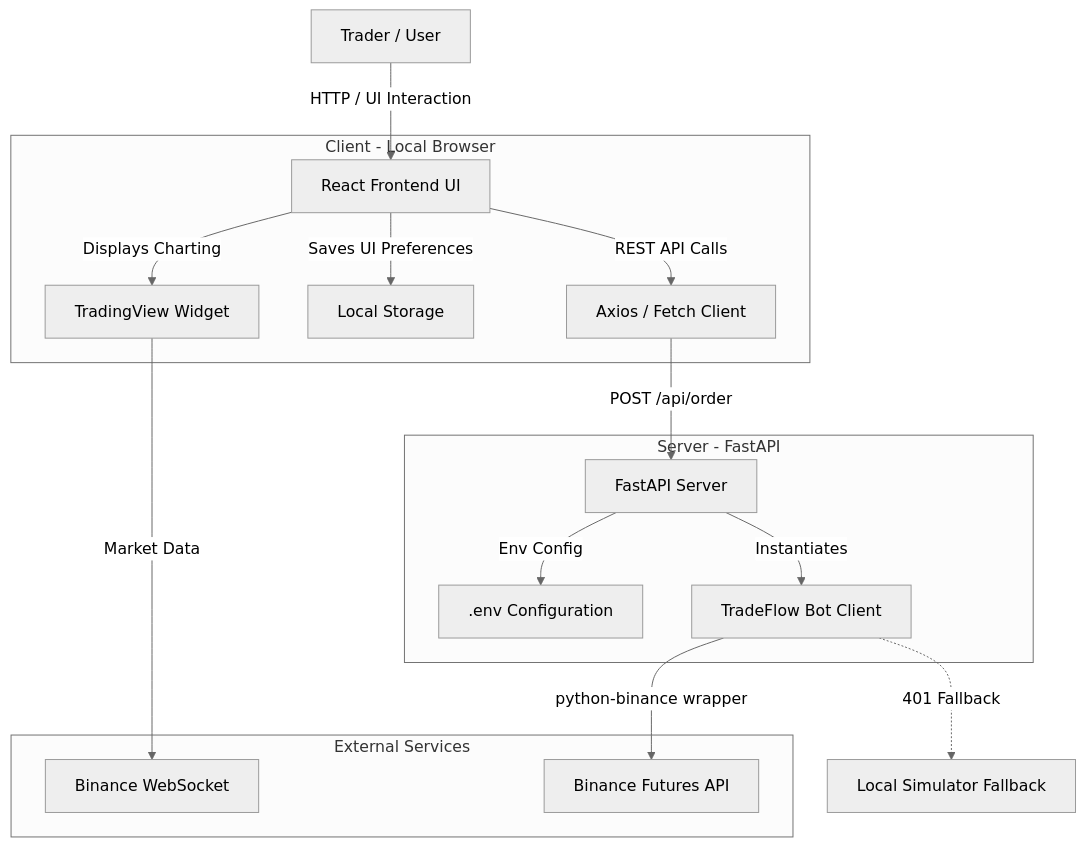
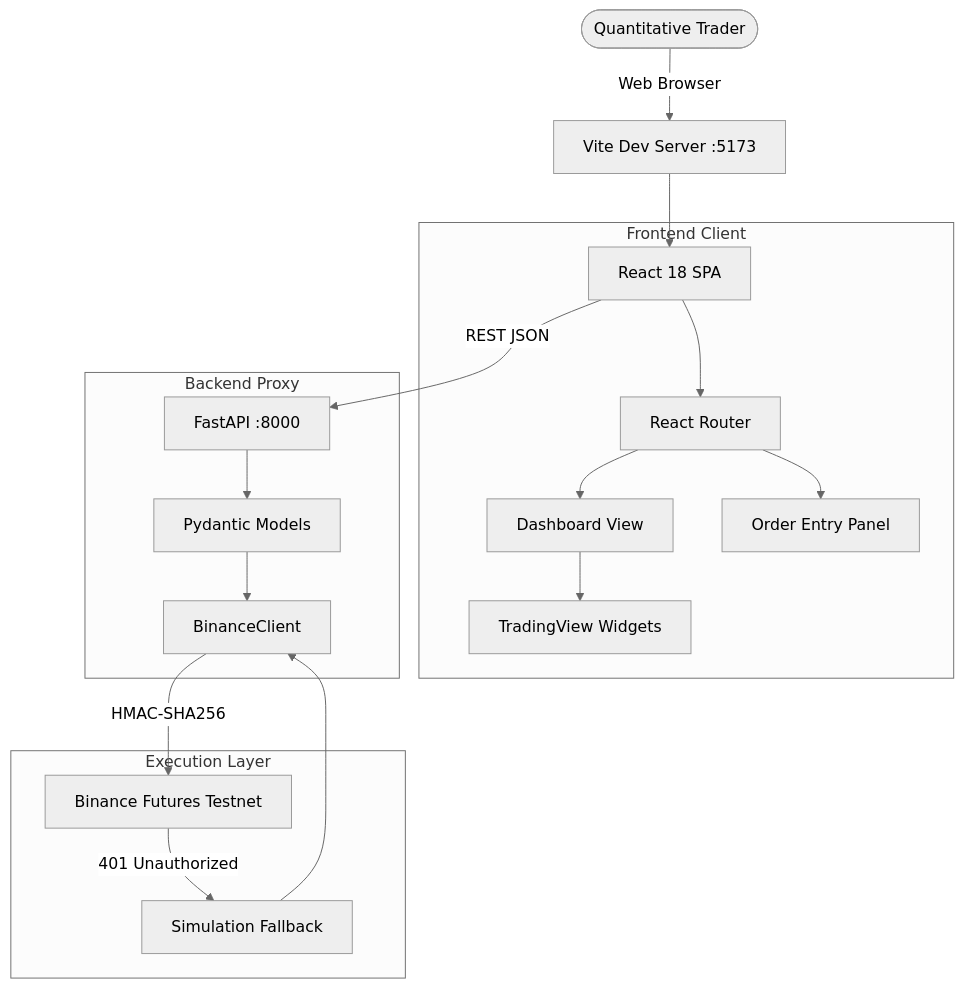
Before and after one commit to ManoharTej/trading-bot: the diagram in docs/architecture.md, drawn with Mermaid (neutral theme). The commit also changed other lines of this file and 7 other files, not shown here.

Commit message:
docs: add generated screenshots, architecture diagrams, live demo, and missing open source files

````diff
--- a/docs/architecture.md
+++ b/docs/architecture.md
@@ -9,28 +7,24 @@
 ```mermaid
 graph TD
-    %% User Layer
-    User[Trader / User] -->|HTTP / UI Interaction| UI[React Frontend UI]
+    User([Quantitative Trader]) -->|Web Browser| Vite[Vite Dev Server :5173]
+    Vite --> React[React 18 SPA]
     
-    %% Frontend Layer
-    subgraph Frontend [Client - Local Browser]
-        UI -->|Displays Charting| TV[TradingView Widget]
-        UI -->|Saves UI Preferences| LS[Local Storage]
-        UI -->|REST API Calls| APIClient[Axios / Fetch Client]
+    subgraph Frontend Client
+        React --> Router[React Router]
+        Router --> Dashboard[Dashboard View]
+        Router --> Orders[Order Entry Panel]
+        Dashboard --> TV[TradingView Widgets]
     end
-    
-    %% Backend Layer
-    subgraph Backend [Server - FastAPI]
-        APIClient -->|POST /api/order| APIServer[FastAPI Server]
-        APIServer -->|Env Config| DotEnv[.env Configuration]
-        APIServer -->|Instantiates| BotLogic[TradeFlow Bot Client]
+
+    subgraph Backend Proxy
+        React -->|REST JSON| FastAPI[FastAPI :8000]
+        FastAPI --> Validator[Pydantic Models]
+        Validator --> Client[BinanceClient]
     end
-    
-    %% External API Layer
-    subgraph External [External Services]
-        BotLogic -->|python-binance wrapper| Binance[Binance Futures API]
-        TV -->|Market Data| BinanceWS[Binance WebSocket]
+
+    subgraph Execution Layer
+        Client -->|HMAC-SHA256| Binance[Binance Futures Testnet]
+        Binance -->|401 Unauthorized| Interceptor[Simulation Fallback]
+        Interceptor --> Client
     end
-    
-    %% Fallback Logic
-    BotLogic -.->|401 Fallback| Mock[Local Simulator Fallback]
 ```
````
